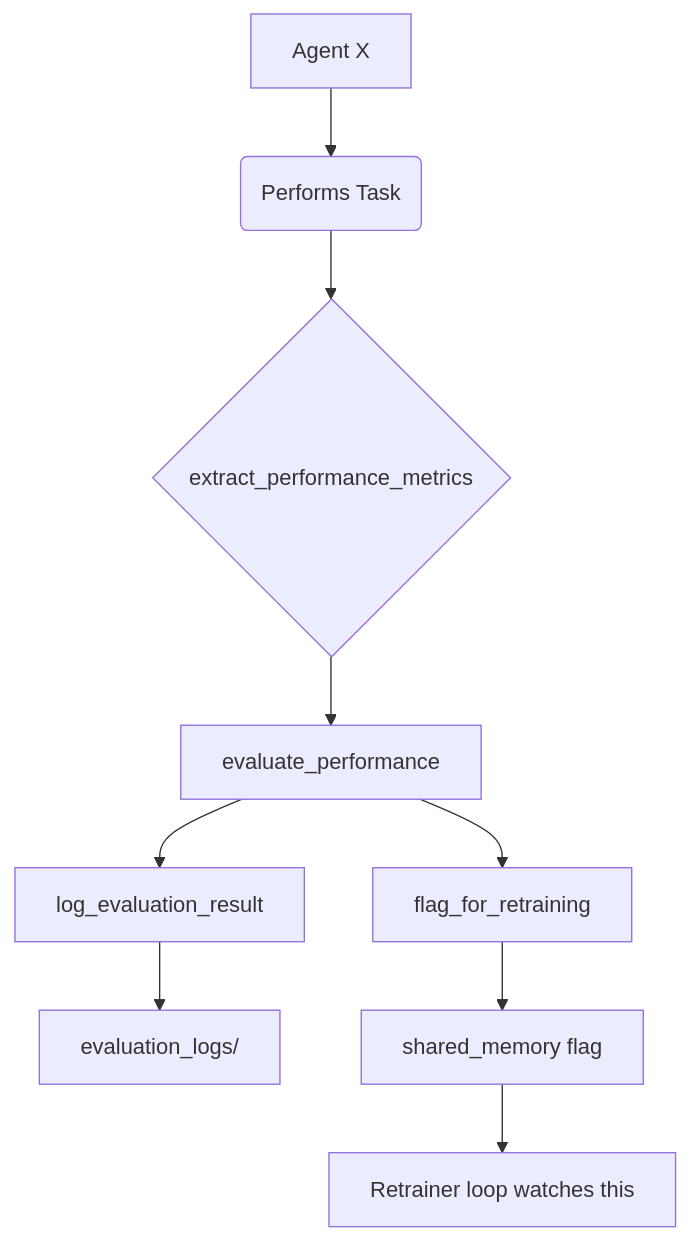
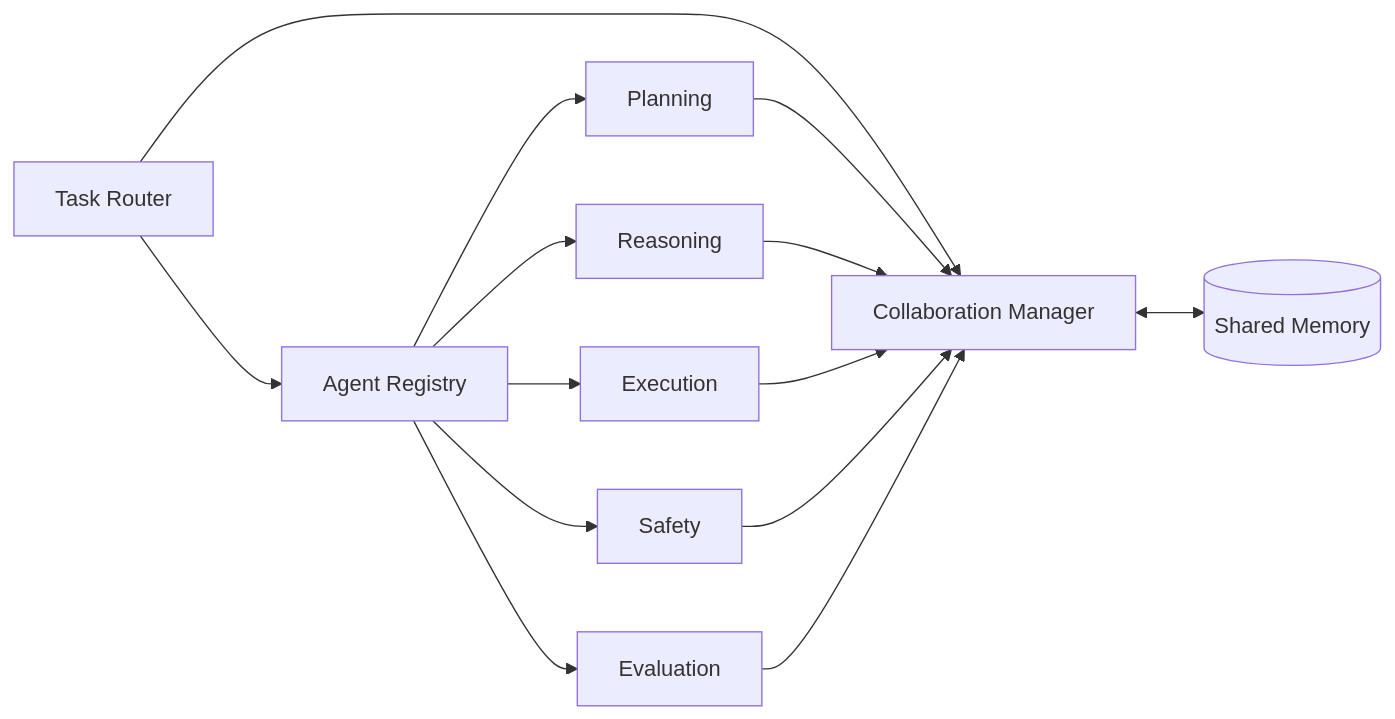
One commit to The-Outsider-97/SLAI changed the third of 3 diagrams in src/agents/README.md. Above: the diagram before and after it, drawn with Mermaid. The commit also changed other lines of this file, not shown here.

````diff
--- a/src/agents/README.md
+++ b/src/agents/README.md
@@ -7,11 +155,18 @@
 ```mermaid
-flowchart TD
-    A[Agent X] --> B(Performs Task)
-    B --> C{extract_performance_metrics}
-    C --> D[evaluate_performance]
-    D --> E[log_evaluation_result]
-    D --> F[flag_for_retraining]
-    E --> G[evaluation_logs/]
-    F --> H[shared_memory flag]
-    H --> I[Retrainer loop watches this]
+flowchart LR
+    Router[Task Router] --> Registry[Agent Registry]
+    Router --> Manager[Collaboration Manager]
+    Manager <--> Memory[(Shared Memory)]
+
+    Registry --> Plan[Planning]
+    Registry --> Reason[Reasoning]
+    Registry --> Exec[Execution]
+    Registry --> Safe[Safety]
+    Registry --> Eval[Evaluation]
+
+    Plan --> Manager
+    Reason --> Manager
+    Exec --> Manager
+    Safe --> Manager
+    Eval --> Manager
 ```
````
